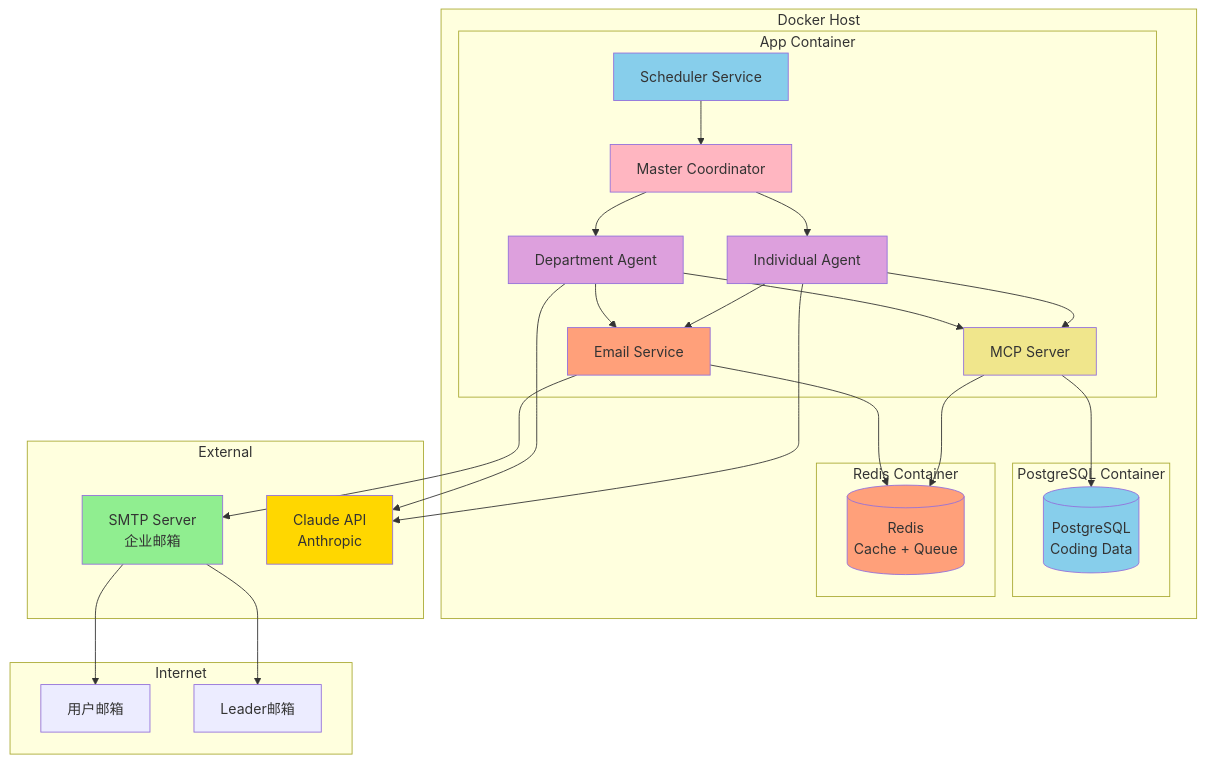
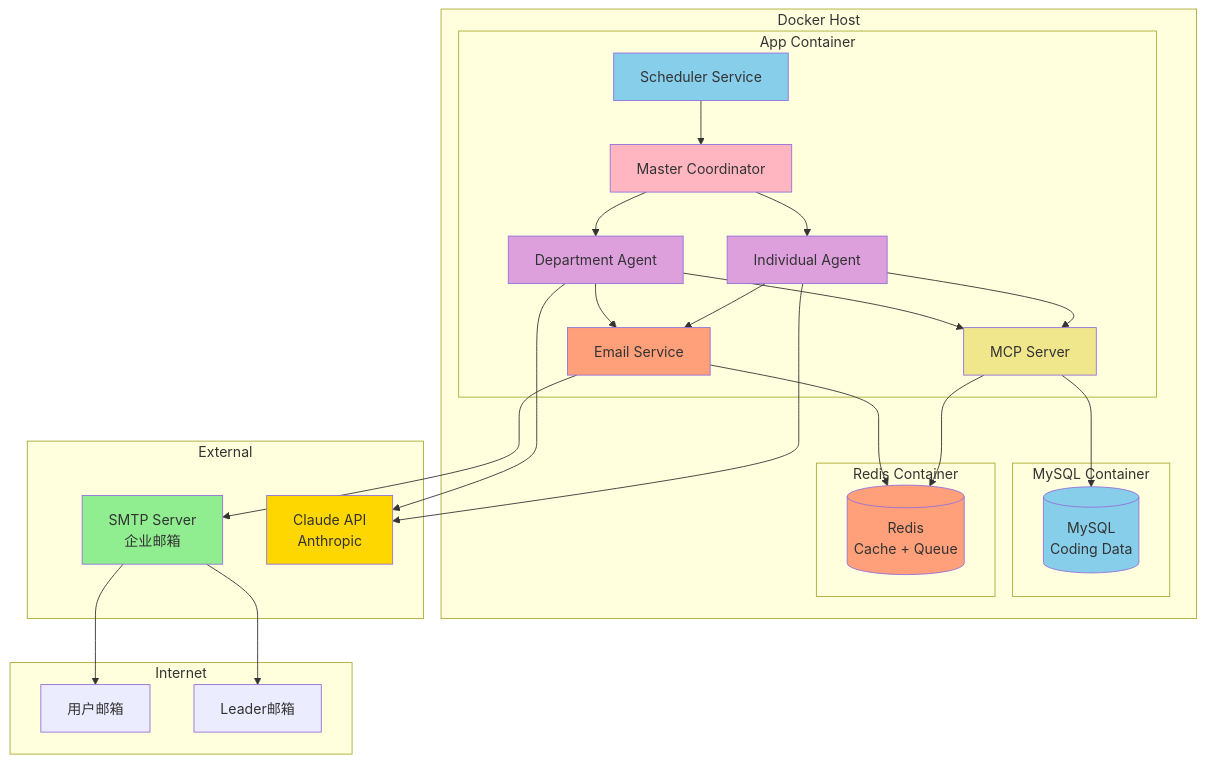
One commit to mrzhangmian/neturl changed the seventh of 9 diagrams in t.md. Above: the diagram before and after it, drawn with Mermaid. The commit also changed other lines of this file, not shown here.

````diff
--- a/t.md
+++ b/t.md
@@ -409,68 +409,68 @@
 ```mermaid
 flowchart TB
     subgraph Internet
         User1[用户邮箱]
         Leader1[Leader邮箱]
     end
 
     subgraph Docker Host
         subgraph App Container
             Scheduler[Scheduler Service]
             Coordinator[Master Coordinator]
             Agent1[Individual Agent]
             Agent2[Department Agent]
             EmailSvc[Email Service]
             MCP[MCP Server]
         end
 
-        subgraph PostgreSQL Container
-            DB[(PostgreSQL
+        subgraph MySQL Container
+            DB[(MySQL
 Coding Data)]
         end
 
         subgraph Redis Container
             Cache[(Redis
 Cache + Queue)]
         end
     end
 
     subgraph External
         SMTP[SMTP Server
 企业邮箱]
         Claude[Claude API
 Anthropic]
     end
 
     Scheduler --> Coordinator
     Coordinator --> Agent1
     Coordinator --> Agent2
 
     Agent1 --> MCP
     Agent2 --> MCP
 
     MCP --> DB
     MCP --> Cache
 
     Agent1 --> EmailSvc
     Agent2 --> EmailSvc
 
     EmailSvc --> Cache
     EmailSvc --> SMTP
 
     SMTP --> User1
     SMTP --> Leader1
 
     Agent1 --> Claude
     Agent2 --> Claude
 
     style Scheduler fill:#87CEEB
     style Coordinator fill:#FFB6C1
     style Agent1 fill:#DDA0DD
     style Agent2 fill:#DDA0DD
     style MCP fill:#F0E68C
     style EmailSvc fill:#FFA07A
     style DB fill:#87CEEB
     style Cache fill:#FFA07A
     style SMTP fill:#90EE90
     style Claude fill:#FFD700
 ```
````
